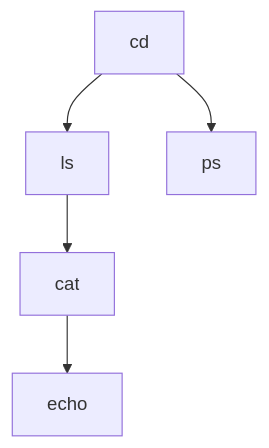
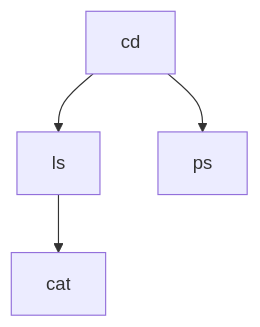
One commit to deipss/blog changed the diagram in docs/Command/-command.md. Above: the diagram before and after it, drawn with Mermaid. The commit also changed other lines of this file and 10 other files, not shown here.

````diff
--- a/docs/Command/-command.md
+++ b/docs/Command/-command.md
@@ -16,7 +14,6 @@
 ```mermaid
 graph TD;
     cd-->ls;
     ls-->cat;
-    cat-->echo;
     cd-->ps;
 ```
````
